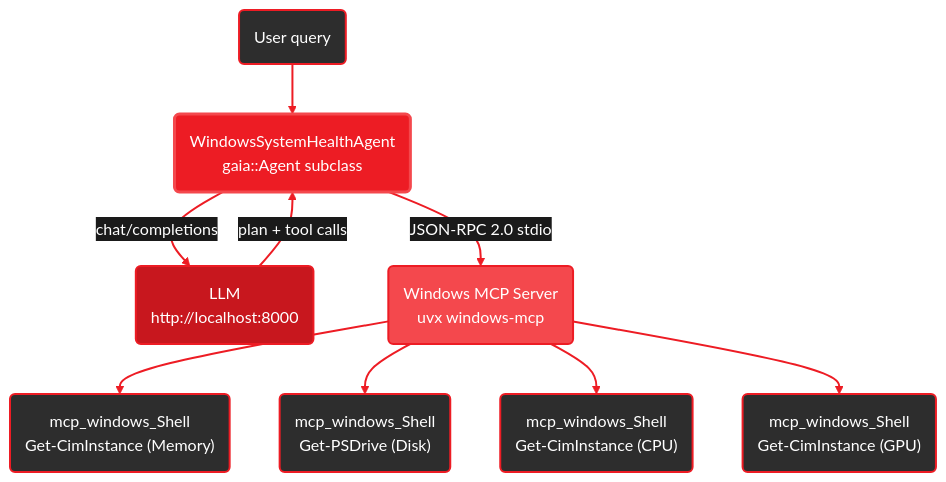
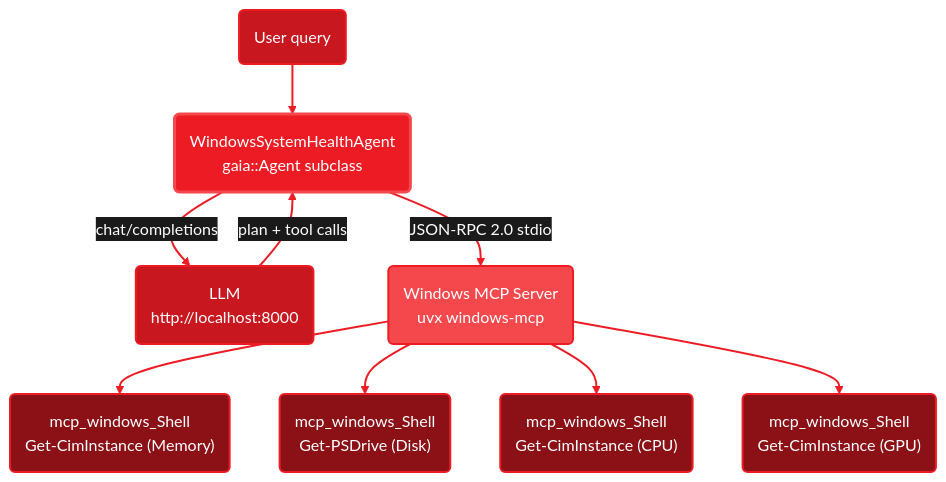
The diagram in docs/cpp/health-agent.mdx (amd/gaia), drawn with Mermaid before and after one commit. The commit also changed other lines of this file and 6 other files, not shown here.

````diff
--- a/docs/cpp/health-agent.mdx
+++ b/docs/cpp/health-agent.mdx
@@ -33,29 +33,29 @@
 ```mermaid
 %%{init: {'theme':'base', 'themeVariables': { 'primaryColor':'#ED1C24', 'fontSize':'16px', 'lineColor':'#ED1C24', 'primaryTextColor':'#fff', 'edgeLabelBackground':'#1a1a1a'}, 'flowchart': {'curve': 'basis'}}}%%
 graph TB
     User("User query")
     Agent("WindowsSystemHealthAgent<br/>gaia::Agent subclass")
     LLM("LLM<br/>http://localhost:8000")
     MCP("Windows MCP Server<br/>uvx windows-mcp")
 
     User --> Agent
     Agent -->|"chat/completions"| LLM
     LLM -->|"plan + tool calls"| Agent
     Agent -->|"JSON-RPC 2.0 stdio"| MCP
 
     MCP --> Shell1("mcp_windows_Shell<br/>Get-CimInstance (Memory)")
     MCP --> Shell2("mcp_windows_Shell<br/>Get-PSDrive (Disk)")
     MCP --> Shell3("mcp_windows_Shell<br/>Get-CimInstance (CPU)")
     MCP --> Shell4("mcp_windows_Shell<br/>Get-CimInstance (GPU)")
 
-    style User fill:#2d2d2d,stroke:#ED1C24,stroke-width:2px,color:#fff
+    style User fill:#C8171E,stroke:#ED1C24,stroke-width:2px,color:#fff
     style Agent fill:#ED1C24,stroke:#F4484D,stroke-width:3px,color:#fff
     style LLM fill:#C8171E,stroke:#ED1C24,stroke-width:2px,color:#fff
     style MCP fill:#F4484D,stroke:#ED1C24,stroke-width:2px,color:#fff
-    style Shell1 fill:#2d2d2d,stroke:#ED1C24,stroke-width:2px,color:#fff
-    style Shell2 fill:#2d2d2d,stroke:#ED1C24,stroke-width:2px,color:#fff
-    style Shell3 fill:#2d2d2d,stroke:#ED1C24,stroke-width:2px,color:#fff
-    style Shell4 fill:#2d2d2d,stroke:#ED1C24,stroke-width:2px,color:#fff
+    style Shell1 fill:#8B1117,stroke:#ED1C24,stroke-width:2px,color:#fff
+    style Shell2 fill:#8B1117,stroke:#ED1C24,stroke-width:2px,color:#fff
+    style Shell3 fill:#8B1117,stroke:#ED1C24,stroke-width:2px,color:#fff
+    style Shell4 fill:#8B1117,stroke:#ED1C24,stroke-width:2px,color:#fff
 
     linkStyle default stroke:#ED1C24,stroke-width:2px
 ```
````
